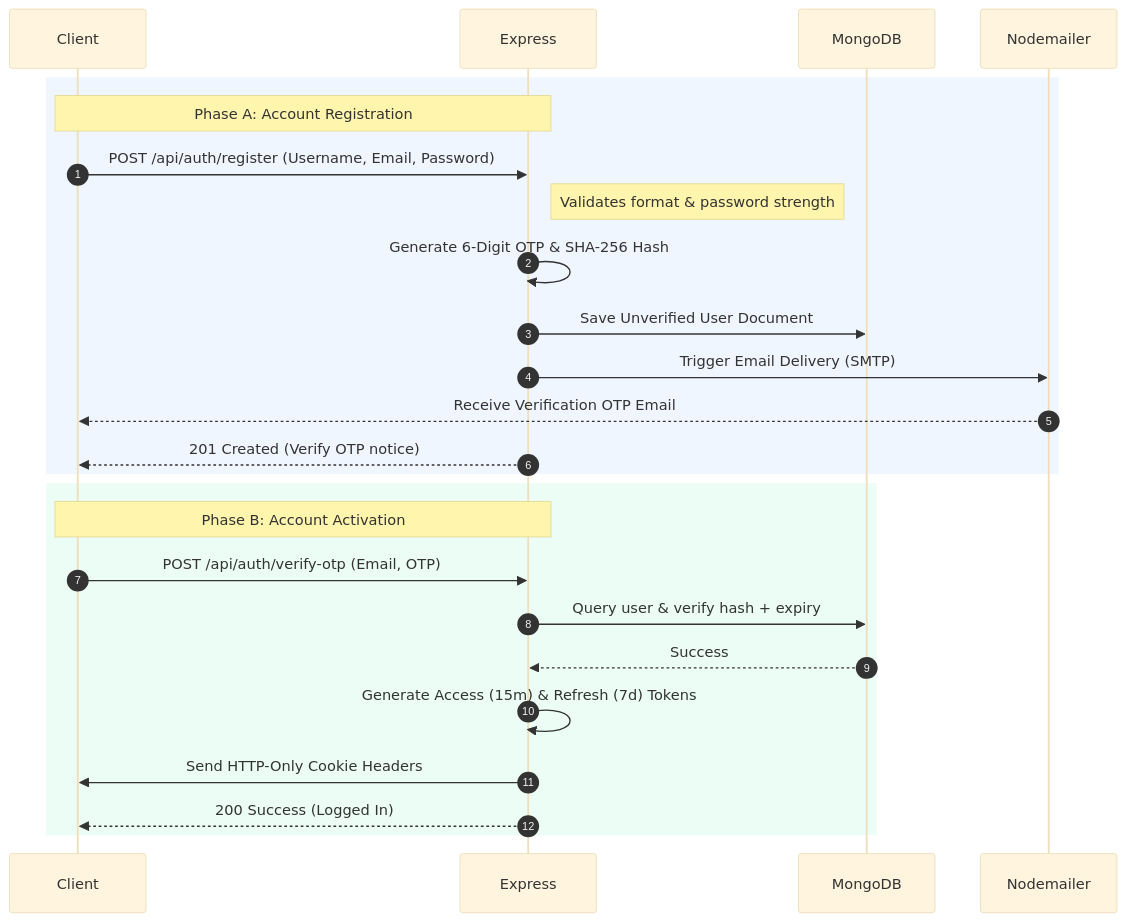
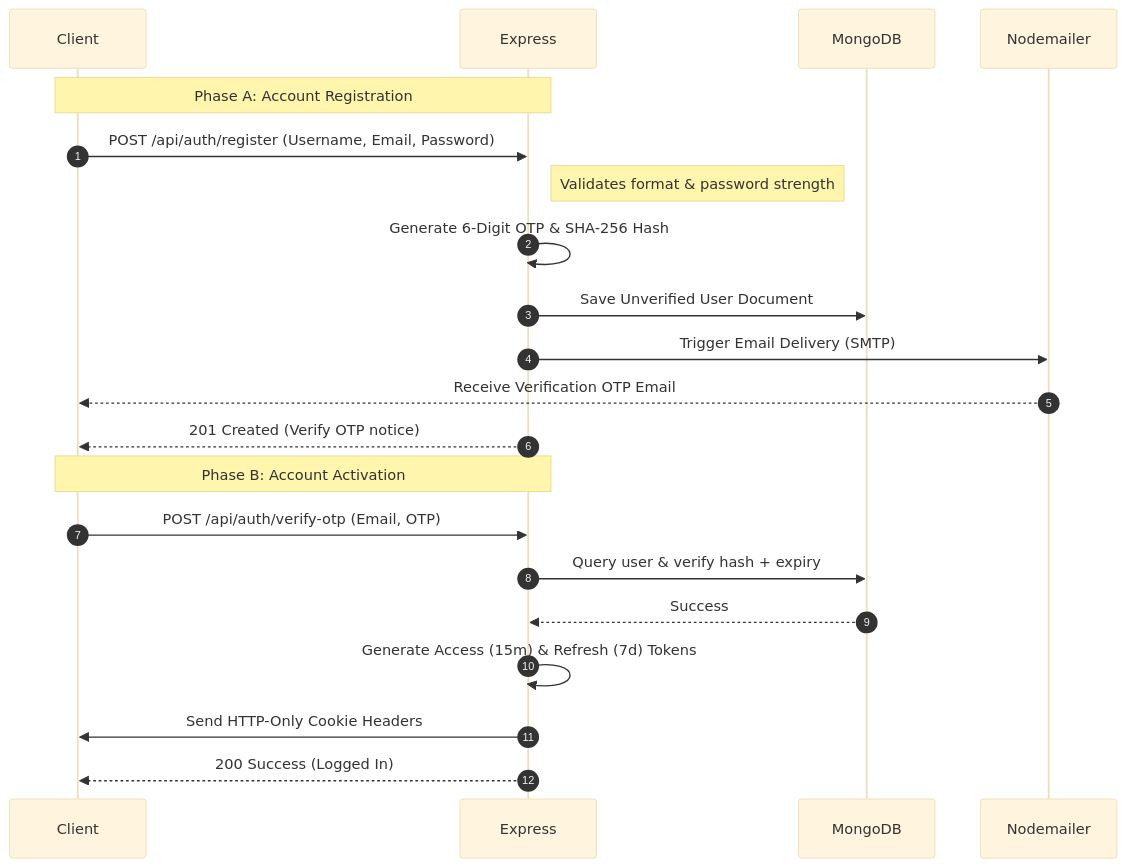
The second of 4 diagrams in README.md (prefierolasoledad/Lumina_AI), drawn with Mermaid (base theme) before and after one commit. The commit also changed other lines of this file, not shown here.

Commit message:
docs: remove rect colors from sequence diagrams to support dark mode

````diff
--- a/README.md
+++ b/README.md
@@ -109,24 +109,20 @@
 ```mermaid
 sequenceDiagram
     autonumber
-    rect rgb(240, 246, 255)
-        Note over Client, Express: Phase A: Account Registration
-        Client->>Express: POST /api/auth/register (Username, Email, Password)
-        Note right of Express: Validates format & password strength
-        Express->>Express: Generate 6-Digit OTP & SHA-256 Hash
-        Express->>MongoDB: Save Unverified User Document
-        Express->>Nodemailer: Trigger Email Delivery (SMTP)
-        Nodemailer-->>Client: Receive Verification OTP Email
-        Express-->>Client: 201 Created (Verify OTP notice)
-    end
+    Note over Client, Express: Phase A: Account Registration
+    Client->>Express: POST /api/auth/register (Username, Email, Password)
+    Note right of Express: Validates format & password strength
+    Express->>Express: Generate 6-Digit OTP & SHA-256 Hash
+    Express->>MongoDB: Save Unverified User Document
+    Express->>Nodemailer: Trigger Email Delivery (SMTP)
+    Nodemailer-->>Client: Receive Verification OTP Email
+    Express-->>Client: 201 Created (Verify OTP notice)
     
-    rect rgb(236, 253, 245)
-        Note over Client, Express: Phase B: Account Activation
-        Client->>Express: POST /api/auth/verify-otp (Email, OTP)
-        Express->>MongoDB: Query user & verify hash + expiry
-        MongoDB-->>Express: Success
-        Express->>Express: Generate Access (15m) & Refresh (7d) Tokens
-        Express->>Client: Send HTTP-Only Cookie Headers
-        Express-->>Client: 200 Success (Logged In)
-    end
+    Note over Client, Express: Phase B: Account Activation
+    Client->>Express: POST /api/auth/verify-otp (Email, OTP)
+    Express->>MongoDB: Query user & verify hash + expiry
+    MongoDB-->>Express: Success
+    Express->>Express: Generate Access (15m) & Refresh (7d) Tokens
+    Express->>Client: Send HTTP-Only Cookie Headers
+    Express-->>Client: 200 Success (Logged In)
 ```
````
